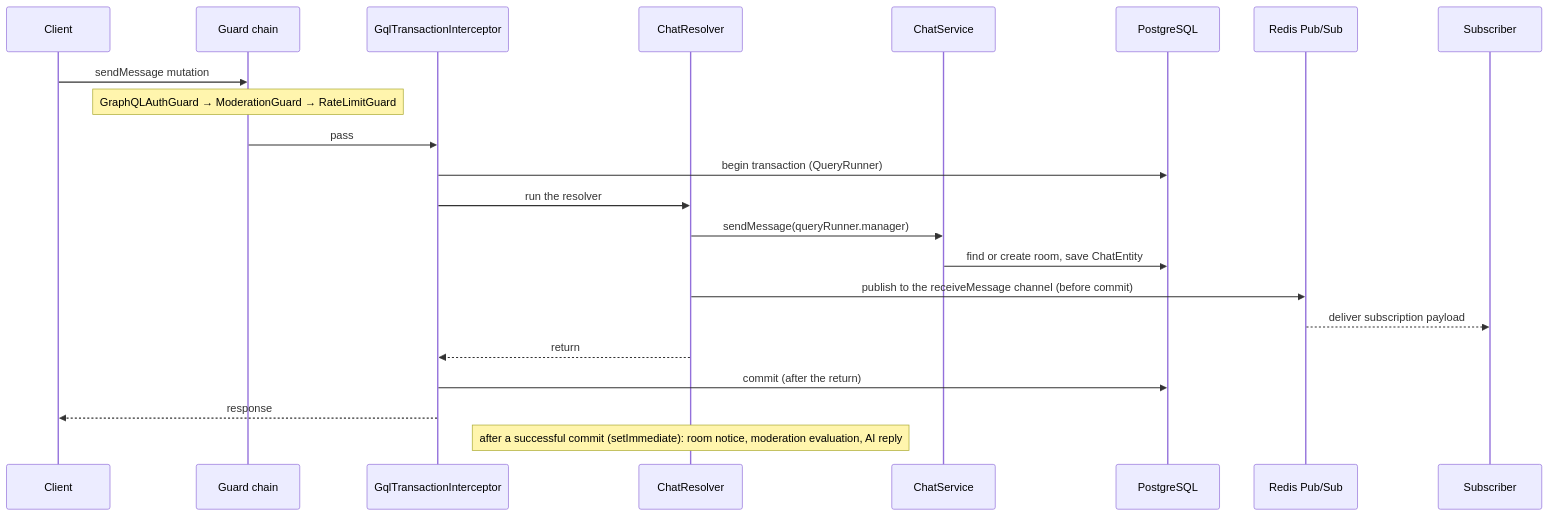
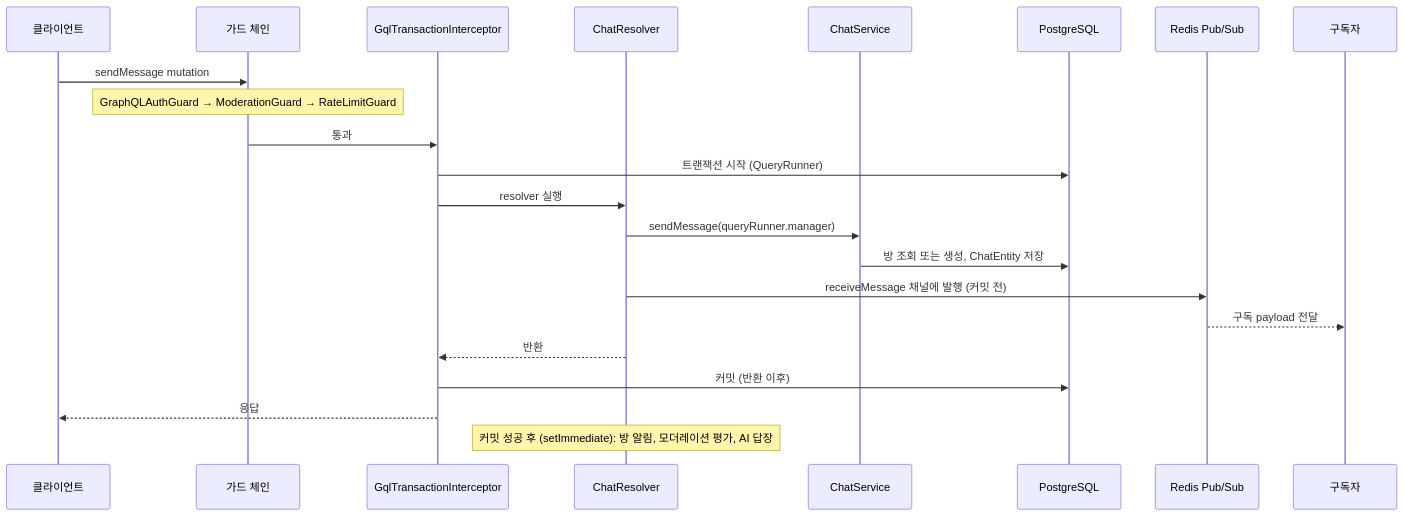
One commit to Bluecode77732/Chat-project changed the second of 2 diagrams in README.md. Above: the diagram before and after it, drawn with Mermaid. The commit also changed other lines of this file and 22 other files, not shown here.

````diff
--- a/README.md
+++ b/README.md
@@ -240,24 +239,24 @@
 ```mermaid
 sequenceDiagram
-    participant C as Client
-    participant G as Guard chain
+    participant C as 클라이언트
+    participant G as 가드 체인
     participant I as GqlTransactionInterceptor
     participant RS as ChatResolver
     participant S as ChatService
     participant DB as PostgreSQL
     participant R as Redis Pub/Sub
-    participant V as Subscriber
+    participant V as 구독자
     C->>G: sendMessage mutation
     Note over G: GraphQLAuthGuard → ModerationGuard → RateLimitGuard
-    G->>I: pass
-    I->>DB: begin transaction (QueryRunner)
-    I->>RS: run the resolver
+    G->>I: 통과
+    I->>DB: 트랜잭션 시작 (QueryRunner)
+    I->>RS: resolver 실행
     RS->>S: sendMessage(queryRunner.manager)
-    S->>DB: find or create room, save ChatEntity
-    RS->>R: publish to the receiveMessage channel (before commit)
-    R-->>V: deliver subscription payload
-    RS-->>I: return
-    I->>DB: commit (after the return)
-    I-->>C: response
-    Note over RS: after a successful commit (setImmediate): room notice, moderation evaluation, AI reply
+    S->>DB: 방 조회 또는 생성, ChatEntity 저장
+    RS->>R: receiveMessage 채널에 발행 (커밋 전)
+    R-->>V: 구독 payload 전달
+    RS-->>I: 반환
+    I->>DB: 커밋 (반환 이후)
+    I-->>C: 응답
+    Note over RS: 커밋 성공 후 (setImmediate): 방 알림, 모더레이션 평가, AI 답장
 ```
````
